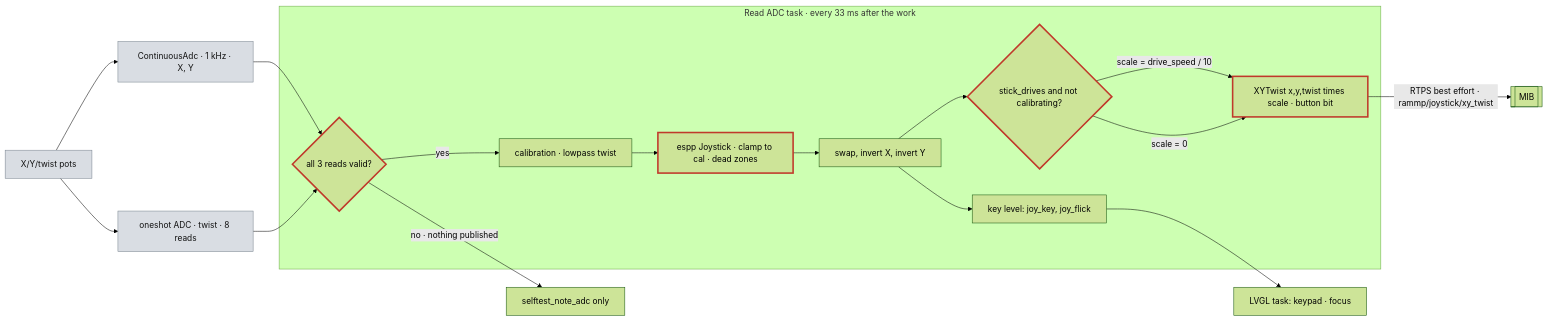
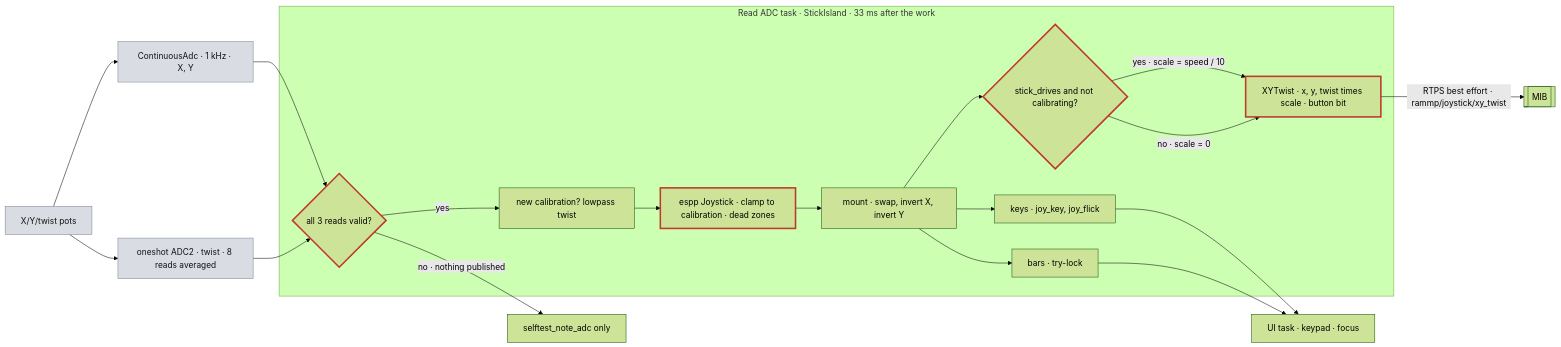
The fifth of 8 diagrams in docs/how-the-firmware-works.md (rammp-org/pace-hmi-fw), drawn with Mermaid (forest theme) before and after one commit. The commit also changed other lines of this file, not shown here.

````diff
--- a/docs/how-the-firmware-works.md
+++ b/docs/how-the-firmware-works.md
@@ -312,29 +468,31 @@
 ```mermaid
 flowchart LR
   pot["X/Y/twist pots"]:::hw
   cadc["ContinuousAdc · 1 kHz · X, Y"]:::hw
-  tw["oneshot ADC · twist · 8 reads"]:::hw
-  subgraph adcT["Read ADC task · every 33 ms after the work"]
+  tw["oneshot ADC2 · twist · 8 reads averaged"]:::hw
+  subgraph adcT["Read ADC task · StickIsland · 33 ms after the work"]
     ok{"all 3 reads valid?"}:::safety
-    cal["calibration · lowpass twist"]
-    js["espp Joystick · clamp to cal · dead zones"]:::safety
-    tf["swap, invert X, invert Y"]
-    key["key level: joy_key, joy_flick"]
+    cal["new calibration? lowpass twist"]
+    js["espp Joystick · clamp to calibration · dead zones"]:::safety
+    tf["mount · swap, invert X, invert Y"]
+    key["keys · joy_key, joy_flick"]
+    bars["bars · try-lock"]
     gate{"stick_drives and not calibrating?"}:::safety
-    pub["XYTwist x,y,twist times scale · button bit"]:::safety
+    pub["XYTwist · x, y, twist times scale · button bit"]:::safety
   end
-  lv["LVGL task: keypad · focus"]
+  lv["UI task · keypad · focus"]
   mib[["MIB"]]
   pot --> cadc --> ok
   pot --> tw --> ok
   ok -->|"no · nothing published"| skip["selftest_note_adc only"]
   ok -->|yes| cal --> js --> tf
   tf --> key --> lv
+  tf --> bars --> lv
   tf --> gate
-  gate -->|"scale = drive_speed / 10"| pub
-  gate -->|"scale = 0"| pub
+  gate -->|"yes · scale = speed / 10"| pub
+  gate -->|"no · scale = 0"| pub
   pub -->|"RTPS best effort · rammp/joystick/xy_twist"| mib
   classDef hw fill:#d9dde3,stroke:#7a8590,color:#111
   classDef safety stroke:#c0392b,stroke-width:3px
   classDef gen stroke-dasharray:5 4
 ```
````
